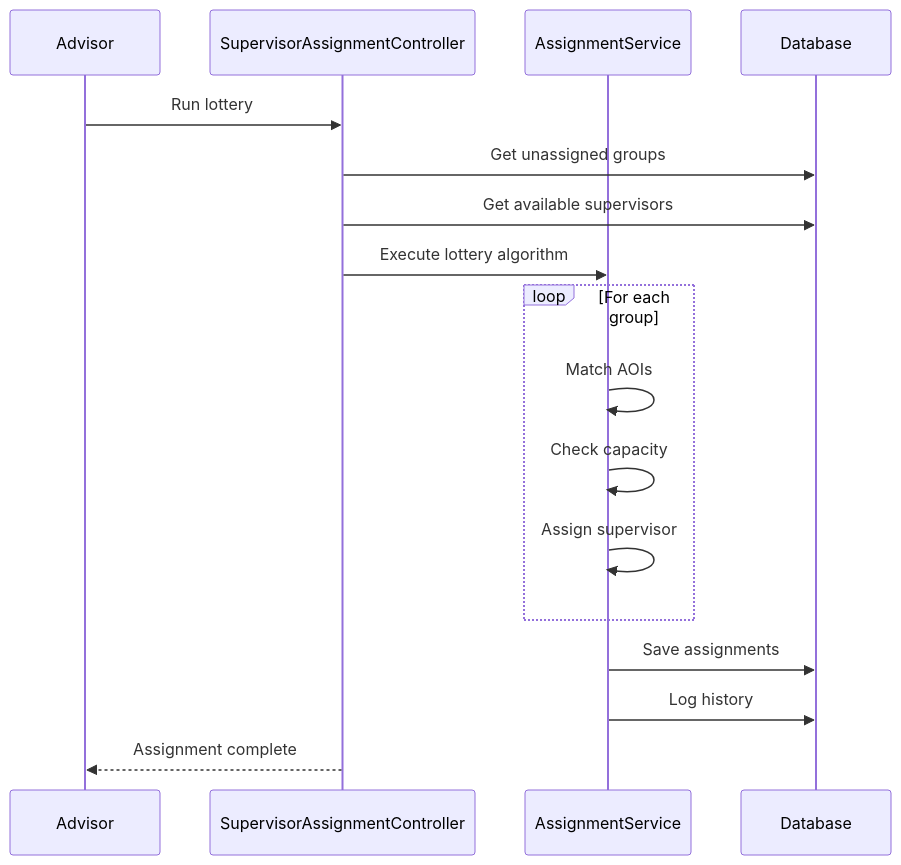
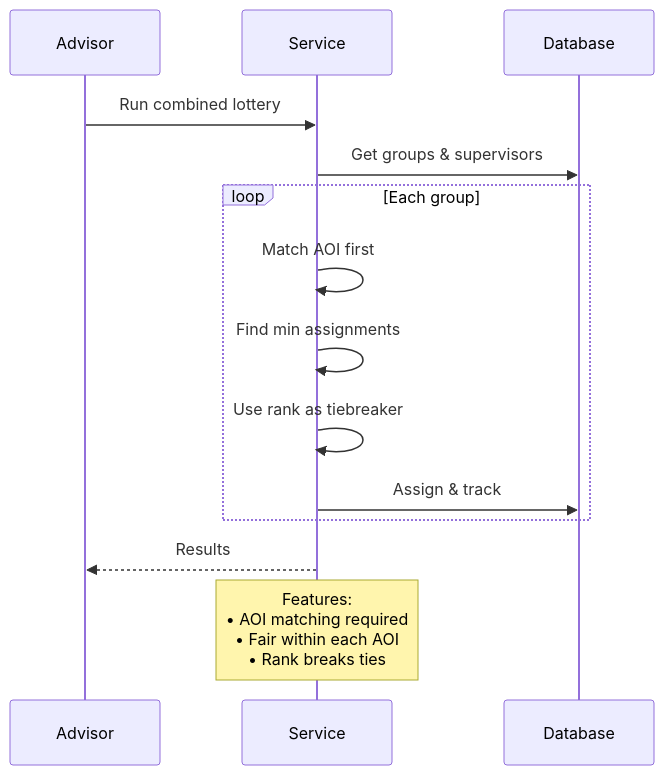
Before and after one commit to abdullah2323442/thesisrepo-backup: diagram 16 of 32 in sequence.md, drawn with Mermaid. The commit also changed other lines of this file, not shown here.

Commit message:
refactor(sequence-diagrams): Update meeting scheduling and supervisor assignment lottery sections for clarity and enhanced functionality

````diff
--- a/sequence.md
+++ b/sequence.md
@@ -299,22 +353,20 @@
 ```mermaid
 sequenceDiagram
     participant Ad as Advisor
-    participant SAC as SupervisorAssignmentController
-    participant SAS as AssignmentService
+    participant SAS as Service
     participant DB as Database
 
-    Ad->>SAC: Run lottery
-    SAC->>DB: Get unassigned groups
-    SAC->>DB: Get available supervisors
-    SAC->>SAS: Execute lottery algorithm
+    Ad->>SAS: Run combined lottery
+    SAS->>DB: Get groups & supervisors
     
-    loop For each group
-        SAS->>SAS: Match AOIs
-        SAS->>SAS: Check capacity
-        SAS->>SAS: Assign supervisor
+    loop Each group
+        SAS->>SAS: Match AOI first
+        SAS->>SAS: Find min assignments
+        SAS->>SAS: Use rank as tiebreaker
+        SAS->>DB: Assign & track
     end
     
-    SAS->>DB: Save assignments
-    SAS->>DB: Log history
-    SAC-->>Ad: Assignment complete
+    SAS-->>Ad: Results
+    
+    Note over SAS: Features:<br/>• AOI matching required<br/>• Fair within each AOI<br/>• Rank breaks ties
 ```
````
